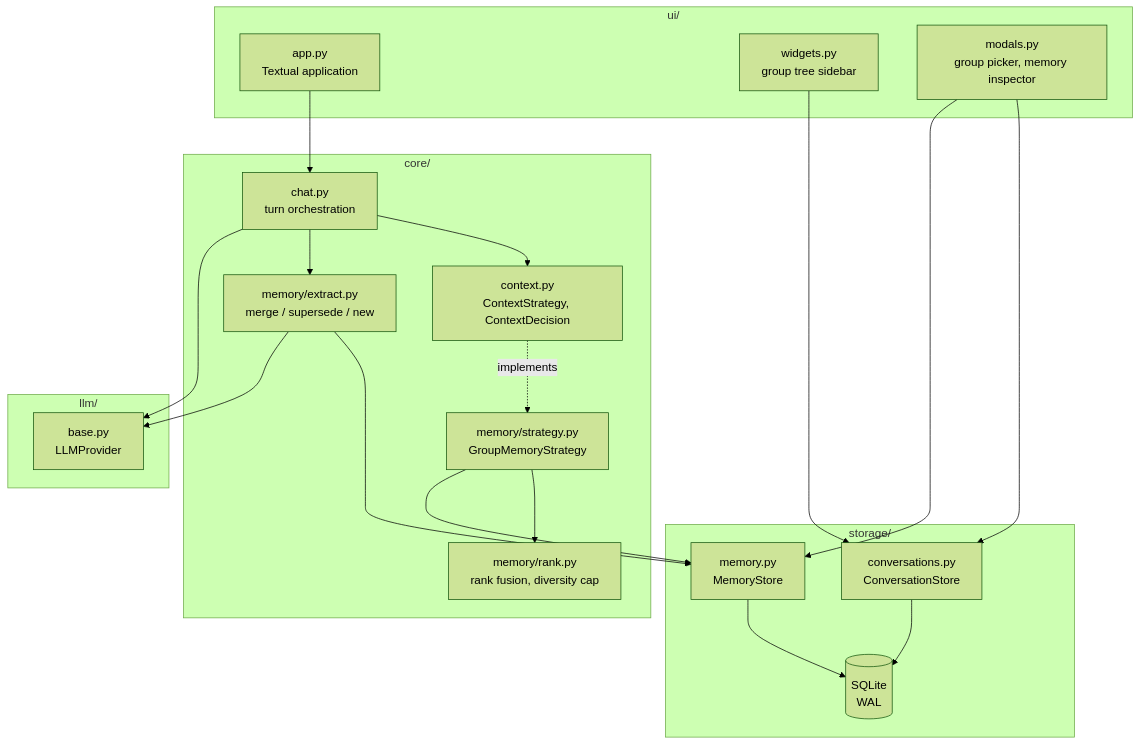
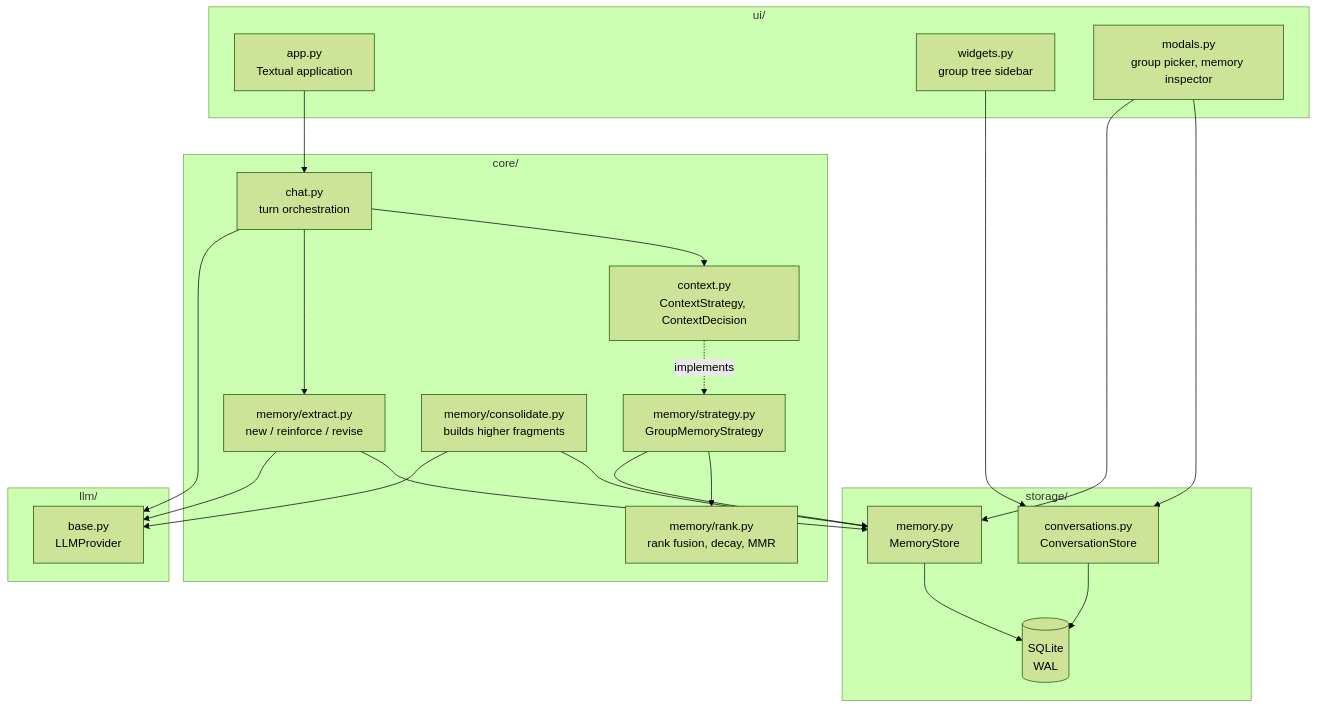
The third of 10 diagrams in docs/plans/memory-and-groups.md (Alorcus/agent_project), drawn with Mermaid (forest theme) before and after one commit. The commit also changed other lines of this file, not shown here.

Commit message:
v4 memory and groups

````diff
--- a/docs/plans/memory-and-groups.md
+++ b/docs/plans/memory-and-groups.md
@@ -145,41 +207,44 @@
 ```mermaid
 flowchart TD
     subgraph UI["ui/"]
         app["app.py<br/>Textual application"]
         tree["widgets.py<br/>group tree sidebar"]
         modal["modals.py<br/>group picker, memory inspector"]
     end
 
     subgraph CORE["core/"]
         chat["chat.py<br/>turn orchestration"]
         ctx["context.py<br/>ContextStrategy, ContextDecision"]
         strat["memory/strategy.py<br/>GroupMemoryStrategy"]
-        extract["memory/extract.py<br/>merge / supersede / new"]
-        rank["memory/rank.py<br/>rank fusion, diversity cap"]
+        extract["memory/extract.py<br/>new / reinforce / revise"]
+        consol["memory/consolidate.py<br/>builds higher fragments"]
+        rank["memory/rank.py<br/>rank fusion, decay, MMR"]
     end
 
     subgraph STORAGE["storage/"]
         cstore["conversations.py<br/>ConversationStore"]
         mstore["memory.py<br/>MemoryStore"]
         db[("SQLite<br/>WAL")]
     end
 
     subgraph LLM["llm/"]
         prov["base.py<br/>LLMProvider"]
     end
 
     app --> chat
     tree --> cstore
     modal --> cstore
     modal --> mstore
     chat --> ctx
     chat --> extract
     chat --> prov
     ctx -.implements.-> strat
     strat --> rank
     strat --> mstore
     extract --> mstore
     extract --> prov
+    consol --> mstore
+    consol --> prov
     cstore --> db
     mstore --> db
 ```
````
